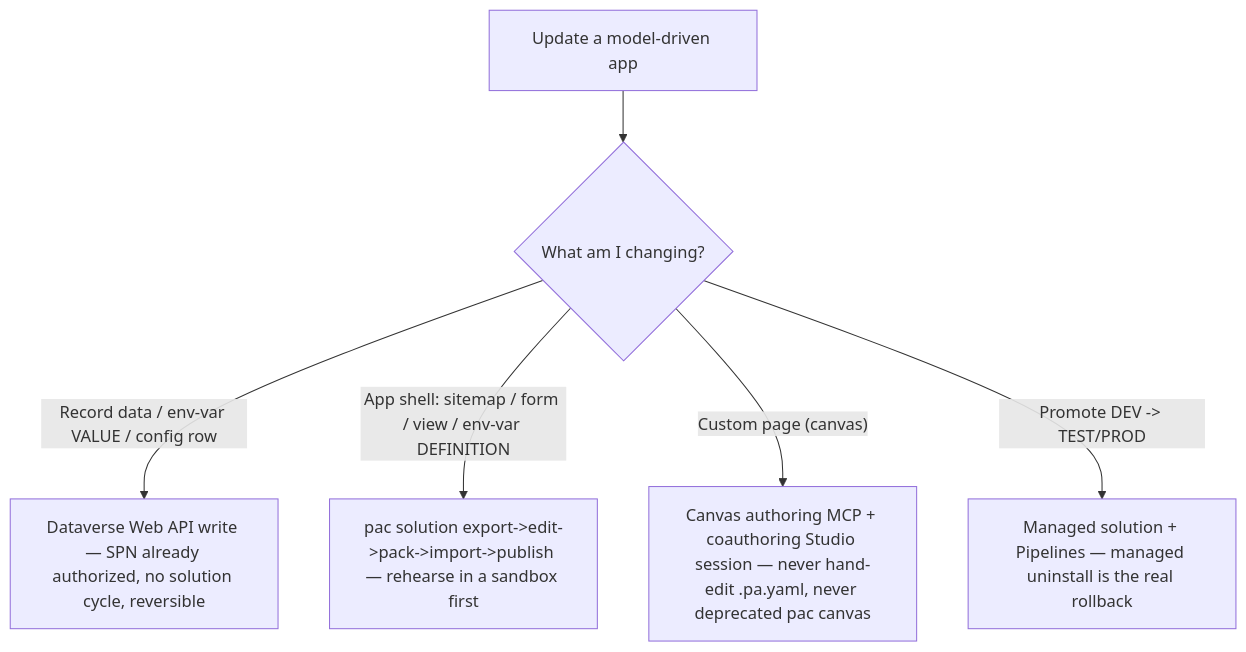
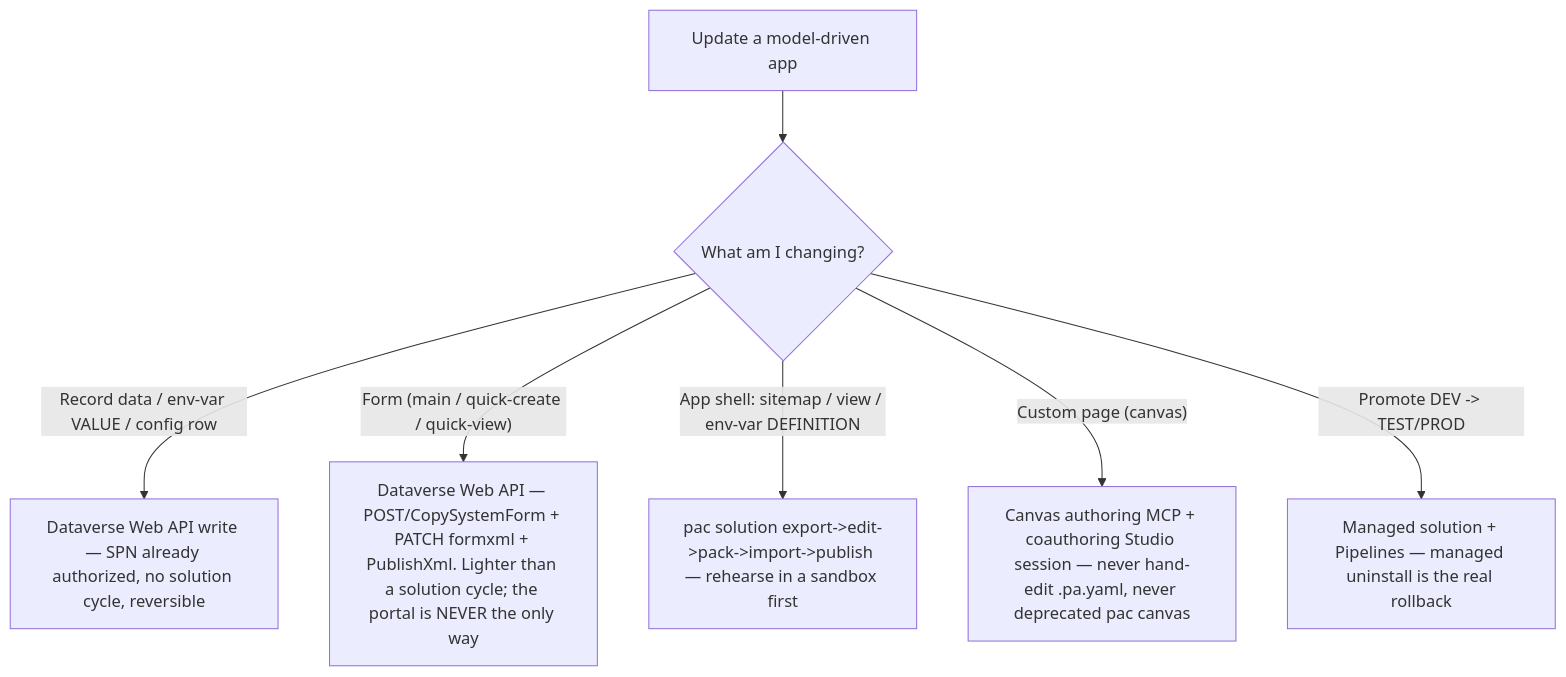
The diagram in plugins/power-platform/knowledge/model-driven-app-update-paths.md (mcorbett51090/RavenClaude), drawn with Mermaid before and after one commit. The commit also changed other lines of this file and 4 other files, not shown here.

````diff
--- a/plugins/power-platform/knowledge/model-driven-app-update-paths.md
+++ b/plugins/power-platform/knowledge/model-driven-app-update-paths.md
@@ -40,8 +40,9 @@
 ```mermaid
 flowchart TD
     START["Update a model-driven app"] --> Q1{What am I changing?}
     Q1 -->|"Record data / env-var VALUE / config row"| DATA["Dataverse Web API write — SPN already authorized, no solution cycle, reversible"]
-    Q1 -->|"App shell: sitemap / form / view / env-var DEFINITION"| SHELL["pac solution export->edit->pack->import->publish — rehearse in a sandbox first"]
+    Q1 -->|"Form (main / quick-create / quick-view)"| FORM["Dataverse Web API — POST/CopySystemForm + PATCH formxml + PublishXml. Lighter than a solution cycle; the portal is NEVER the only way"]
+    Q1 -->|"App shell: sitemap / view / env-var DEFINITION"| SHELL["pac solution export->edit->pack->import->publish — rehearse in a sandbox first"]
     Q1 -->|"Custom page (canvas)"| CANVAS["Canvas authoring MCP + coauthoring Studio session — never hand-edit .pa.yaml, never deprecated pac canvas"]
     Q1 -->|"Promote DEV -> TEST/PROD"| PROMO["Managed solution + Pipelines — managed uninstall is the real rollback"]
 ```
````
